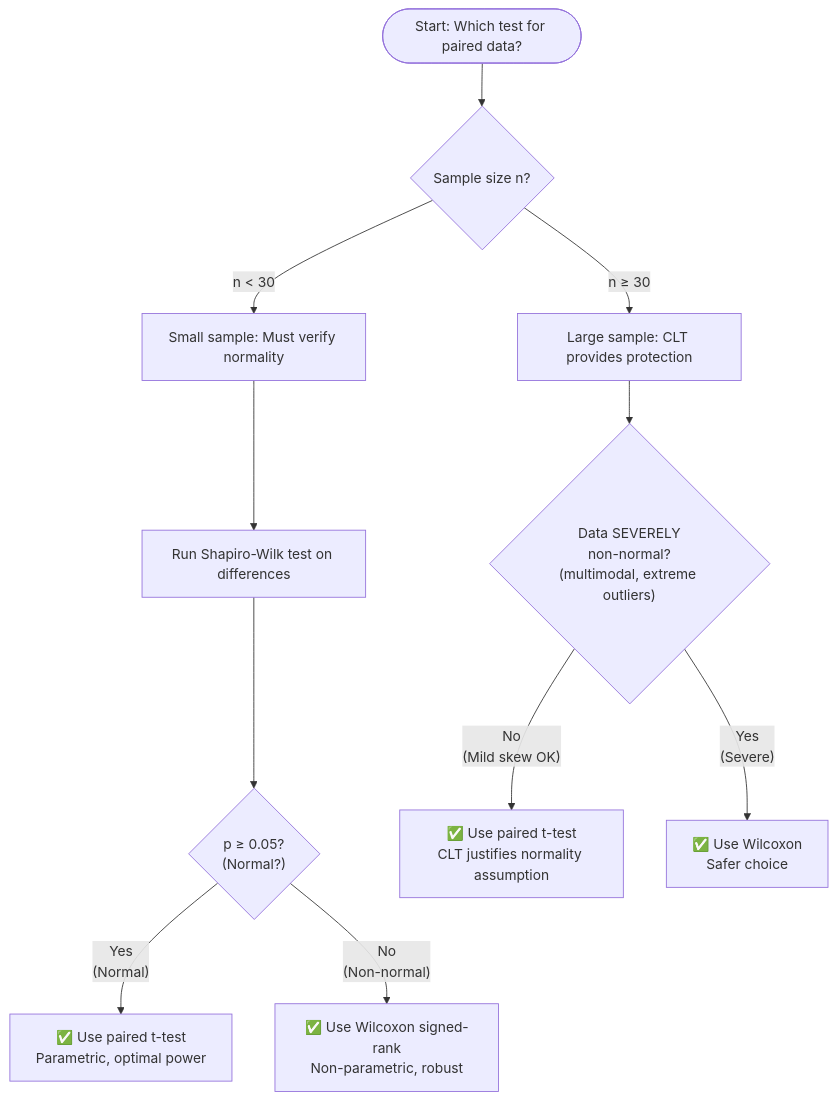
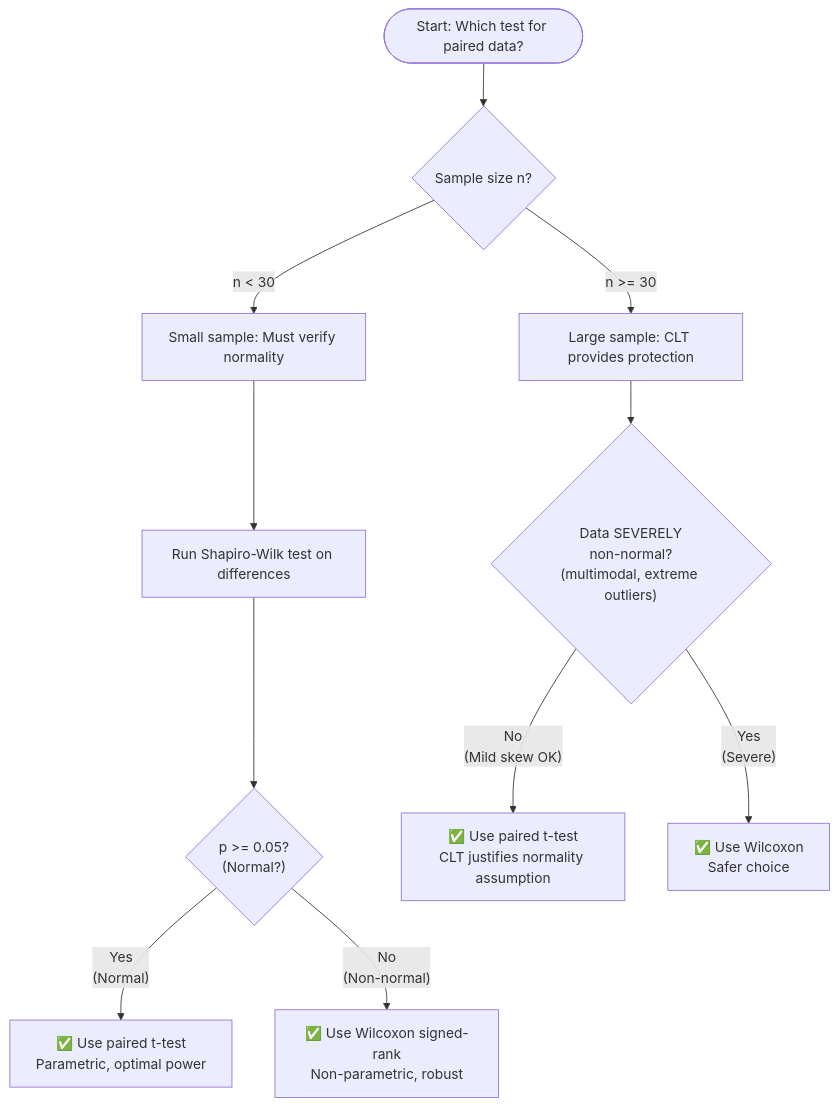
Before and after one commit to lucasgaldinos/gpu_accelerated: the second of 10 diagrams in documentation/technical_decisions/statistical_tests_comprehensive_guide.md, drawn with Mermaid. The commit also changed other lines of this file and 391 other files, not shown here.

````diff
--- a/documentation/technical_decisions/statistical_tests_comprehensive_guide.md
+++ b/documentation/technical_decisions/statistical_tests_comprehensive_guide.md
@@ -1282,18 +2100,18 @@
 ```mermaid
 flowchart TD
     Start(["Start: Which test for paired data?"])
     Start --> CheckN{"Sample size n?"}
 
     CheckN -->|"n < 30"| SmallN["Small sample: Must verify normality"]
-    CheckN -->|"n ≥ 30"| LargeN["Large sample: CLT provides protection"]
+    CheckN -->|"n >= 30"| LargeN["Large sample: CLT provides protection"]
 
     SmallN --> Shapiro["Run Shapiro-Wilk test on differences"]
-    Shapiro --> NormalQ{"p ≥ 0.05?<br/>(Normal?)"}
+    Shapiro --> NormalQ{"p >= 0.05?<br/>(Normal?)"}
 
     NormalQ -->|"Yes<br/>(Normal)"| UseT["✅ Use paired t-test<br/>Parametric, optimal power"]
     NormalQ -->|"No<br/>(Non-normal)"| UseW["✅ Use Wilcoxon signed-rank<br/>Non-parametric, robust"]
 
     LargeN --> CheckSevere{"Data SEVERELY<br/>non-normal?<br/>(multimodal, extreme outliers)"}
     CheckSevere -->|"No<br/>(Mild skew OK)"| UseTCLT["✅ Use paired t-test<br/>CLT justifies normality assumption"]
     CheckSevere -->|"Yes<br/>(Severe)"| UseWSafe["✅ Use Wilcoxon<br/>Safer choice"]
 ```
````
